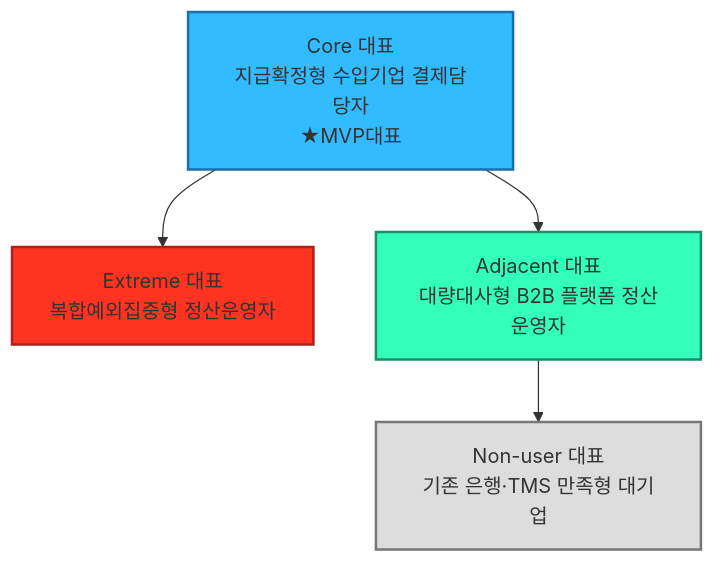
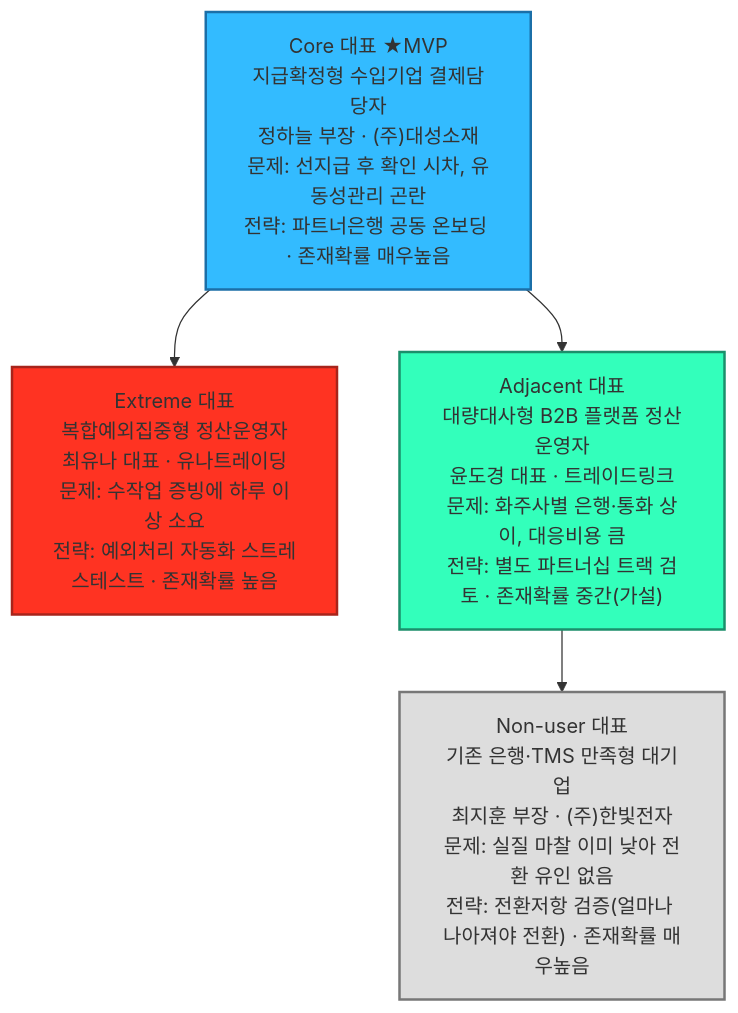
One commit to jennie-brain/business-analysis-frameworks changed the second of 2 diagrams in 05_페르소나_고객여정지도/01_페르소나스펙트럼_분석보고서.md. Above: the diagram before and after it, drawn with Mermaid. The commit also changed other lines of this file, not shown here.

Commit message:
5단계 Spectrum Map 노드에 이름·회사·문제·전략·존재확률 추가
노드에 유형 라벨만 있어 3~4단계 내용을 다시 찾아야 했다.
각 노드에 이름·회사, 핵심 문제 1줄, 전략 액션, 4단계 존재확률까지
담아 이 차트 하나로 대표 페르소나 판단을 확인할 수 있게 한다.

````diff
--- a/05_페르소나_고객여정지도/01_페르소나스펙트럼_분석보고서.md
+++ b/05_페르소나_고객여정지도/01_페르소나스펙트럼_분석보고서.md
@@ -146,16 +146,16 @@
 ```mermaid
 flowchart TB
-    CORE["Core 대표<br/>지급확정형 수입기업 결제담당자<br/>★MVP대표"]
-    EXT["Extreme 대표<br/>복합예외집중형 정산운영자"]
-    ADJ["Adjacent 대표<br/>대량대사형 B2B 플랫폼 정산운영자"]
-    NON["Non-user 대표<br/>기존 은행·TMS 만족형 대기업"]
+    CORE["Core 대표 ★MVP<br/>지급확정형 수입기업 결제담당자<br/>정하늘 부장 · (주)대성소재<br/>문제: 선지급 후 확인 시차, 유동성관리 곤란<br/>전략: 파트너은행 공동 온보딩 · 존재확률 매우높음"]
+    EXT["Extreme 대표<br/>복합예외집중형 정산운영자<br/>최유나 대표 · 유나트레이딩<br/>문제: 수작업 증빙에 하루 이상 소요<br/>전략: 예외처리 자동화 스트레스테스트 · 존재확률 높음"]
+    ADJ["Adjacent 대표<br/>대량대사형 B2B 플랫폼 정산운영자<br/>윤도경 대표 · 트레이드링크<br/>문제: 화주사별 은행·통화 상이, 대응비용 큼<br/>전략: 별도 파트너십 트랙 검토 · 존재확률 중간(가설)"]
+    NON["Non-user 대표<br/>기존 은행·TMS 만족형 대기업<br/>최지훈 부장 · (주)한빛전자<br/>문제: 실질 마찰 이미 낮아 전환 유인 없음<br/>전략: 전환저항 검증(얼마나 나아져야 전환) · 존재확률 매우높음"]
 
     CORE --> EXT
     CORE --> ADJ
     ADJ --> NON
 
     style CORE fill:#33BBFF,stroke:#1b6fa8,stroke-width:2px
     style EXT fill:#FF3322,stroke:#a8241b,stroke-width:2px
     style ADJ fill:#33FFBB,stroke:#1b8f6b,stroke-width:2px
     style NON fill:#DDDDDD,stroke:#777777,stroke-width:2px
 ```
````
